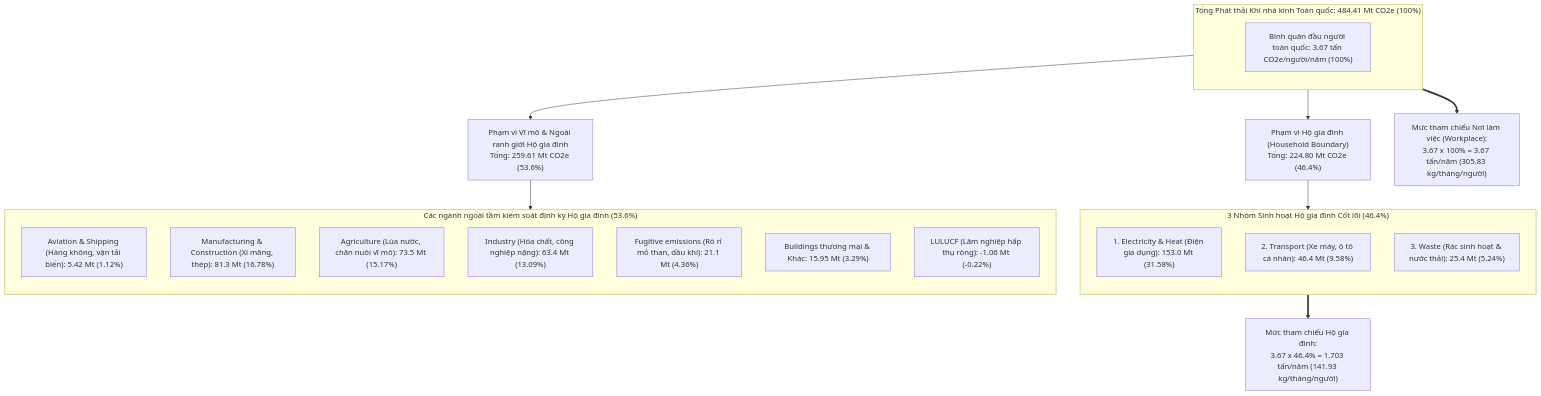
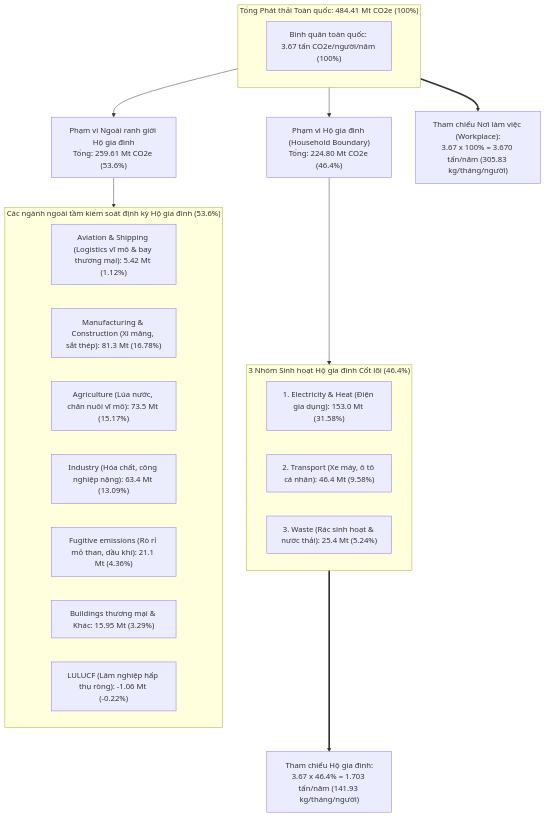
One commit to DatTienNguyenn/PMDC-BATCH4-DATNT250 changed the first of 3 diagrams in docs/emission-reference-benchmark.md. Above: the diagram before and after it, drawn with Mermaid. The commit also changed other lines of this file and 4 other files, not shown here.

````diff
--- a/docs/emission-reference-benchmark.md
+++ b/docs/emission-reference-benchmark.md
@@ -84,34 +89,31 @@
 ```mermaid
 flowchart TD
-    subgraph Total["Tổng Phát thải Khí nhà kính Toàn quốc: 484.41 Mt CO2e (100%)"]
-        direction TB
-        NAT["Bình quân đầu người toàn quốc: 3.67 tấn CO2e/người/năm (100%)"]
+    subgraph Total["Tổng Phát thải Toàn quốc: 484.41 Mt CO2e (100%)"]
+        NAT["Bình quân toàn quốc: 3.67 tấn CO2e/người/năm (100%)"]
     end
 
     Total --> HB["Phạm vi Hộ gia đình (Household Boundary)<br>Tổng: 224.80 Mt CO2e (46.4%)"]
-    Total --> MB["Phạm vi Vĩ mô & Ngoài ranh giới Hộ gia đình<br>Tổng: 259.61 Mt CO2e (53.6%)"]
+    Total --> MB["Phạm vi Ngoài ranh giới Hộ gia đình<br>Tổng: 259.61 Mt CO2e (53.6%)"]
 
     subgraph HBGroup["3 Nhóm Sinh hoạt Hộ gia đình Cốt lõi (46.4%)"]
-        direction TB
         H1["1. Electricity & Heat (Điện gia dụng): 153.0 Mt (31.58%)"]
         H2["2. Transport (Xe máy, ô tô cá nhân): 46.4 Mt (9.58%)"]
         H3["3. Waste (Rác sinh hoạt & nước thải): 25.4 Mt (5.24%)"]
     end
 
     subgraph MBGroup["Các ngành ngoài tầm kiểm soát định kỳ Hộ gia đình (53.6%)"]
-        direction TB
-        M0["Aviation & Shipping (Hàng không, vận tải biển): 5.42 Mt (1.12%)"]
-        M1["Manufacturing & Construction (Xi măng, thép): 81.3 Mt (16.78%)"]
+        M0["Aviation & Shipping (Logistics vĩ mô & bay thương mại): 5.42 Mt (1.12%)"]
+        M1["Manufacturing & Construction (Xi măng, sắt thép): 81.3 Mt (16.78%)"]
         M2["Agriculture (Lúa nước, chăn nuôi vĩ mô): 73.5 Mt (15.17%)"]
         M3["Industry (Hóa chất, công nghiệp nặng): 63.4 Mt (13.09%)"]
         M4["Fugitive emissions (Rò rỉ mỏ than, dầu khí): 21.1 Mt (4.36%)"]
         M5["Buildings thương mại & Khác: 15.95 Mt (3.29%)"]
         M6["LULUCF (Lâm nghiệp hấp thụ ròng): -1.06 Mt (-0.22%)"]
     end
 
     HB --> HBGroup
     MB --> MBGroup
 
-    HBGroup ==> BENCH_HH["Mức tham chiếu Hộ gia đình:<br>3.67 x 46.4% = 1.703 tấn/năm (141.93 kg/tháng/người)"]
-    Total ==> BENCH_WP["Mức tham chiếu Nơi làm việc (Workplace):<br>3.67 x 100% = 3.67 tấn/năm (305.83 kg/tháng/người)"]
+    HBGroup ==> BENCH_HH["Tham chiếu Hộ gia đình:<br>3.67 x 46.4% = 1.703 tấn/năm (141.93 kg/tháng/người)"]
+    Total ==> BENCH_WP["Tham chiếu Nơi làm việc (Workplace):<br>3.67 x 100% = 3.670 tấn/năm (305.83 kg/tháng/người)"]
 ```
````
